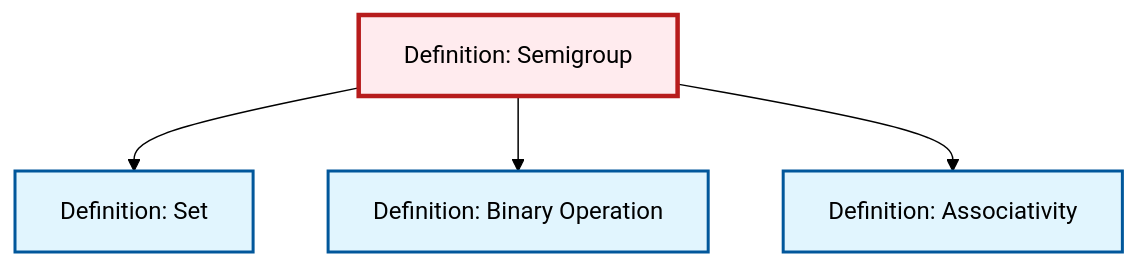
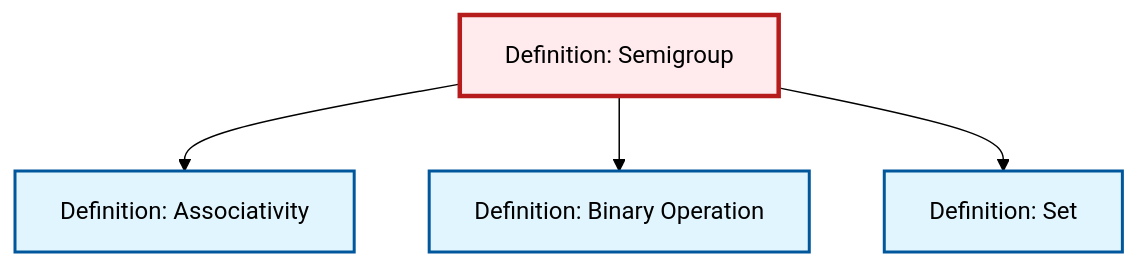
One commit to RK0429/ModernMath changed the diagram in content/ja/algebra/def-semigroup.qmd. Above: the diagram before and after it, drawn with Mermaid (forest theme). The commit also changed other lines of this file and 634 other files, not shown here.

````diff
--- a/content/ja/algebra/def-semigroup.qmd
+++ b/content/ja/algebra/def-semigroup.qmd
@@ -103,20 +103,20 @@
 ```{mermaid}
 %%| fig-cap: "Local dependency graph"
 graph TD
     classDef definition fill:#e1f5fe,stroke:#01579b,stroke-width:2px
     classDef theorem fill:#f3e5f5,stroke:#4a148c,stroke-width:2px
     classDef axiom fill:#fff3e0,stroke:#e65100,stroke-width:2px
     classDef example fill:#e8f5e9,stroke:#1b5e20,stroke-width:2px
     classDef current fill:#ffebee,stroke:#b71c1c,stroke-width:3px
+    def-set["Definition: Set"]:::definition
+    def-semigroup["Definition: Semigroup"]:::definition
     def-binary-operation["Definition: Binary Operation"]:::definition
     def-associativity["Definition: Associativity"]:::definition
-    def-semigroup["Definition: Semigroup"]:::definition
-    def-set["Definition: Set"]:::definition
+    def-semigroup --> def-associativity
+    def-semigroup --> def-binary-operation
     def-semigroup --> def-set
-    def-semigroup --> def-binary-operation
-    def-semigroup --> def-associativity
     class def-semigroup current
+    click def-set "def-set.html" "Definition: Setへ"
     click def-binary-operation "def-binary-operation.html" "Definition: Binary Operationへ"
     click def-associativity "def-associativity.html" "Definition: Associativityへ"
-    click def-set "def-set.html" "Definition: Setへ"
 ```
````
